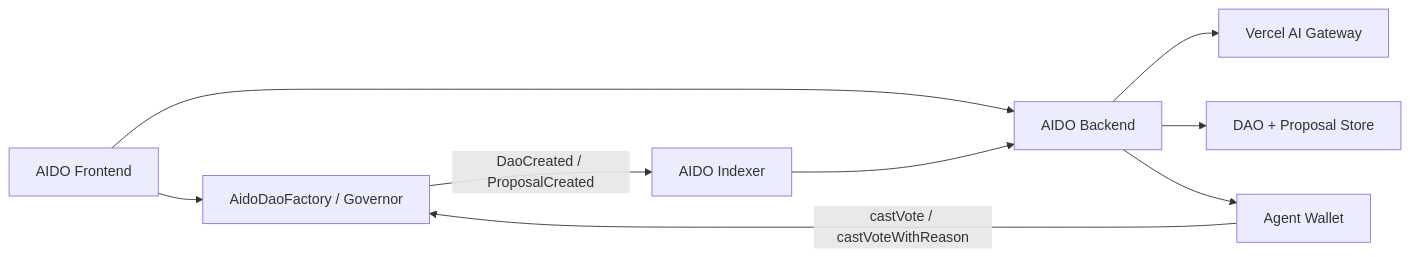
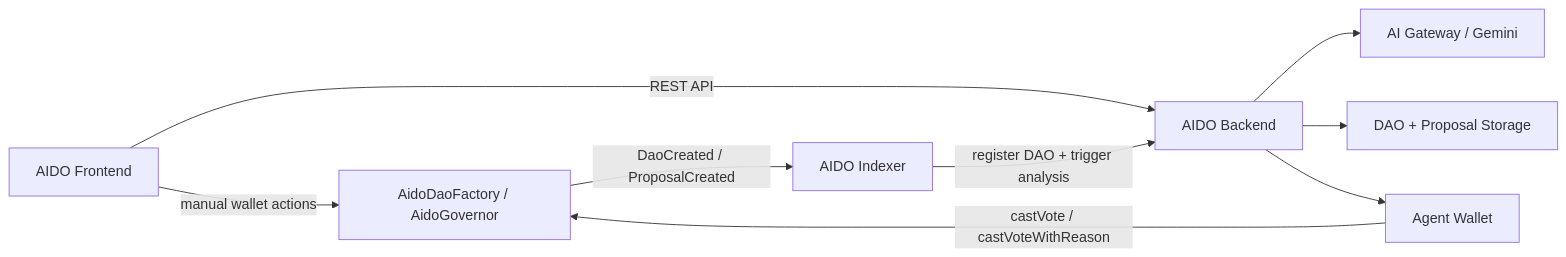
Before and after one commit to ahmadstiff/aido: the diagram in README.md, drawn with Mermaid. The commit also changed other lines of this file, not shown here.

Commit message:
feat: add Monad testnet replacement proposals, update CORS config, and document frontend AI agent workflow

````diff
--- a/README.md
+++ b/README.md
@@ -48,11 +189,11 @@
 ```mermaid
 flowchart LR
-  A["AidoDaoFactory / Governor"] -->|DaoCreated / ProposalCreated| B["AIDO Indexer"]
-  B --> C["AIDO Backend"]
-  C --> D["Vercel AI Gateway"]
-  C --> E["DAO + Proposal Store"]
+  A["AidoDaoFactory / AidoGovernor"] -->|DaoCreated / ProposalCreated| B["AIDO Indexer"]
+  B -->|register DAO + trigger analysis| C["AIDO Backend"]
+  C --> D["AI Gateway / Gemini"]
+  C --> E["DAO + Proposal Storage"]
   C --> F["Agent Wallet"]
   F -->|castVote / castVoteWithReason| A
-  G["AIDO Frontend"] --> C
-  G --> A
+  G["AIDO Frontend"] -->|REST API| C
+  G -->|manual wallet actions| A
 ```
````
